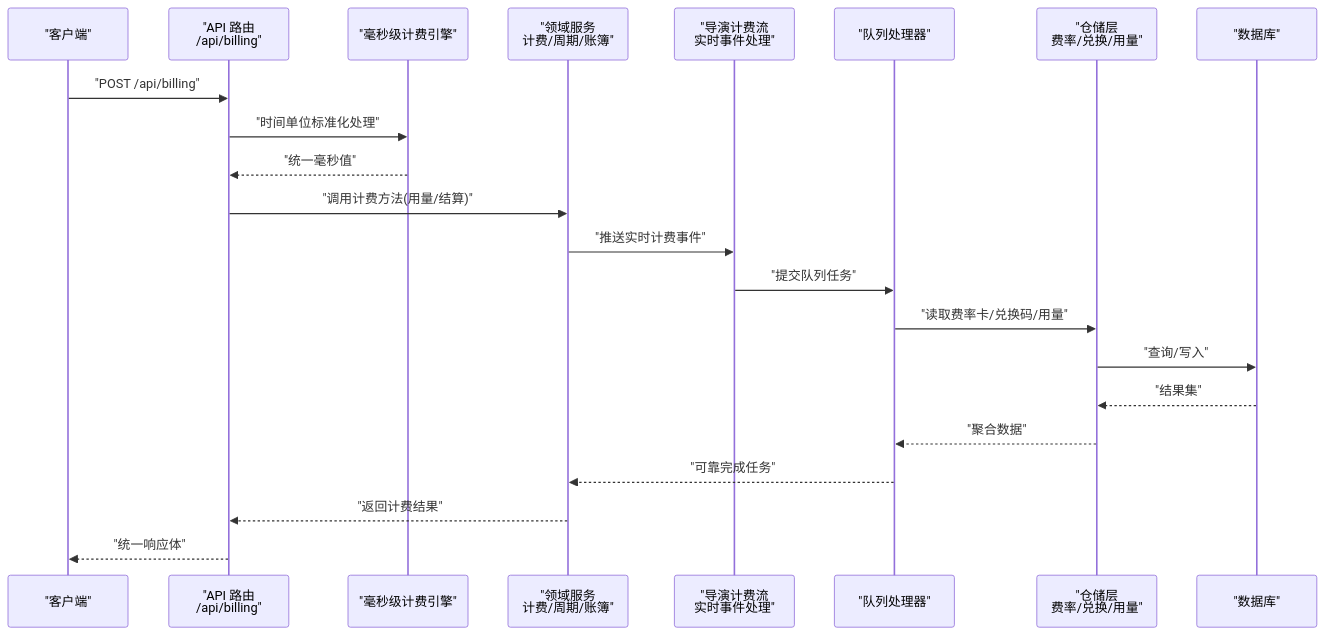
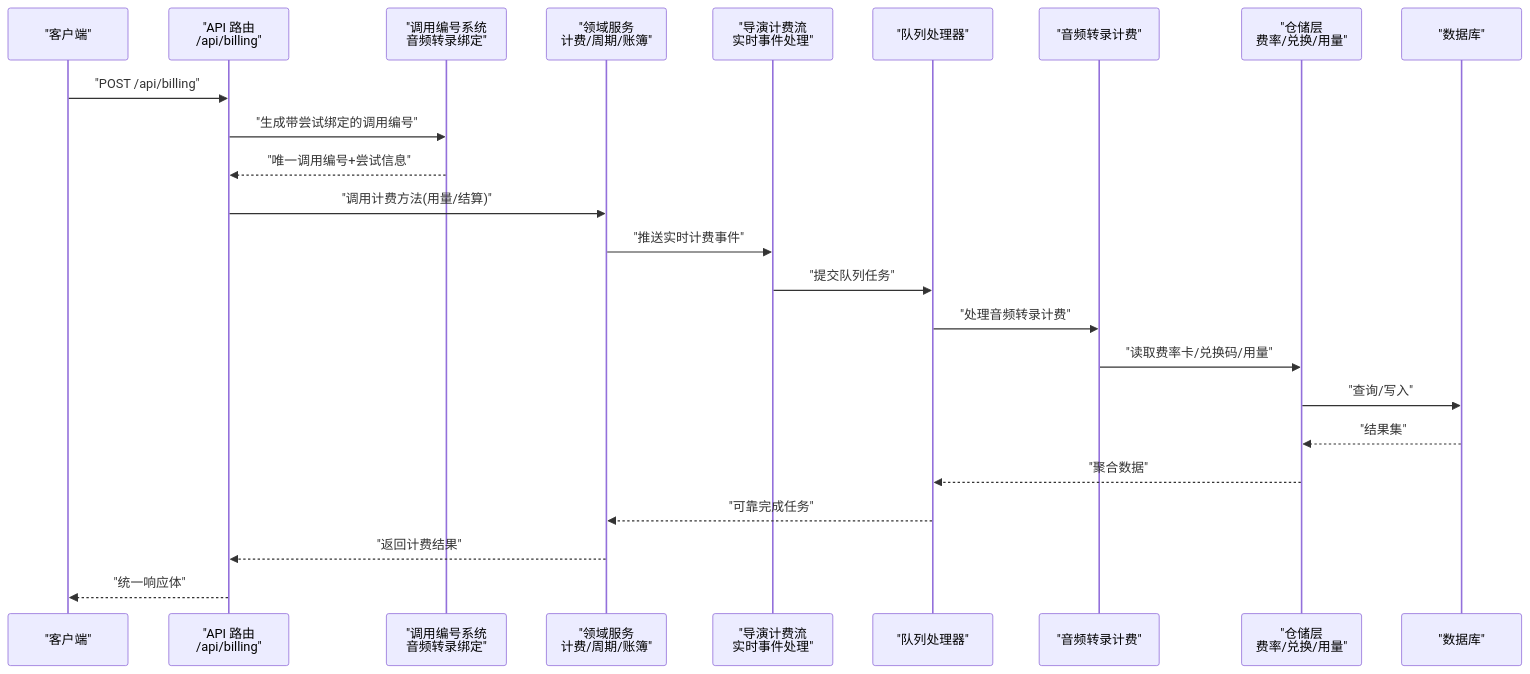
The second of 15 diagrams in .qoder/repowiki/zh/content/项目概述/计费配置/计费和会计账簿系统.md (scottcwy/PurpleInk), drawn with Mermaid before and after one commit. The commit also changed other lines of this file and 29 other files, not shown here.

````diff
--- a/.qoder/repowiki/zh/content/项目概述/计费配置/计费和会计账簿系统.md
+++ b/.qoder/repowiki/zh/content/项目概述/计费配置/计费和会计账簿系统.md
@@ -204,24 +203,26 @@
 ```mermaid
 sequenceDiagram
 participant Client as "客户端"
 participant API as "API 路由<br/>/api/billing"
-participant MillisecondEngine as "毫秒级计费引擎"
+participant InvocationSystem as "调用编号系统<br/>音频转录绑定"
 participant Domain as "领域服务<br/>计费/周期/账簿"
 participant Stream as "导演计费流<br/>实时事件处理"
 participant Queue as "队列处理器"
+participant AudioBilling as "音频转录计费"
 participant Repo as "仓储层<br/>费率/兑换/用量"
 participant DB as "数据库"
 Client->>API : "POST /api/billing"
-API->>MillisecondEngine : "时间单位标准化处理"
-MillisecondEngine-->>API : "统一毫秒值"
+API->>InvocationSystem : "生成带尝试绑定的调用编号"
+InvocationSystem-->>API : "唯一调用编号+尝试信息"
 API->>Domain : "调用计费方法(用量/结算)"
 Domain->>Stream : "推送实时计费事件"
 Stream->>Queue : "提交队列任务"
-Queue->>Repo : "读取费率卡/兑换码/用量"
+Queue->>AudioBilling : "处理音频转录计费"
+AudioBilling->>Repo : "读取费率卡/兑换码/用量"
 Repo->>DB : "查询/写入"
 DB-->>Repo : "结果集"
 Repo-->>Queue : "聚合数据"
 Queue-->>Domain : "可靠完成任务"
 Domain-->>API : "返回计费结果"
 API-->>Client : "统一响应体"
 ```
````
